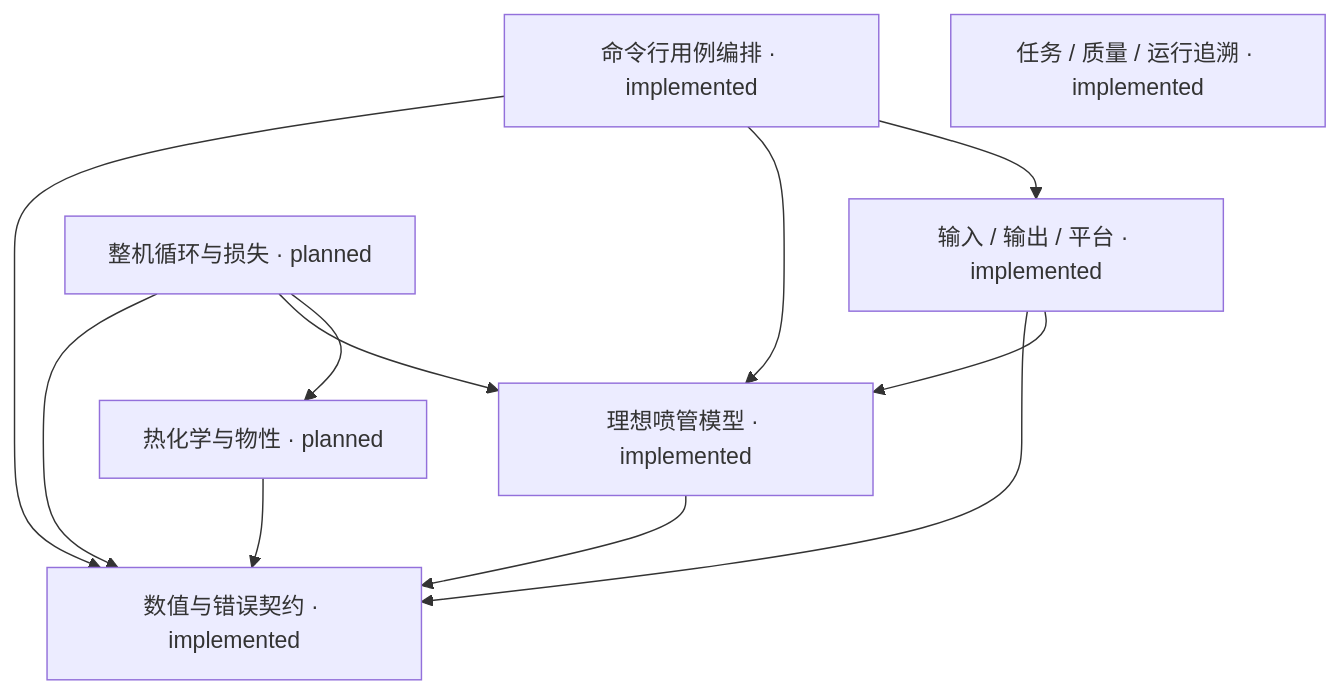
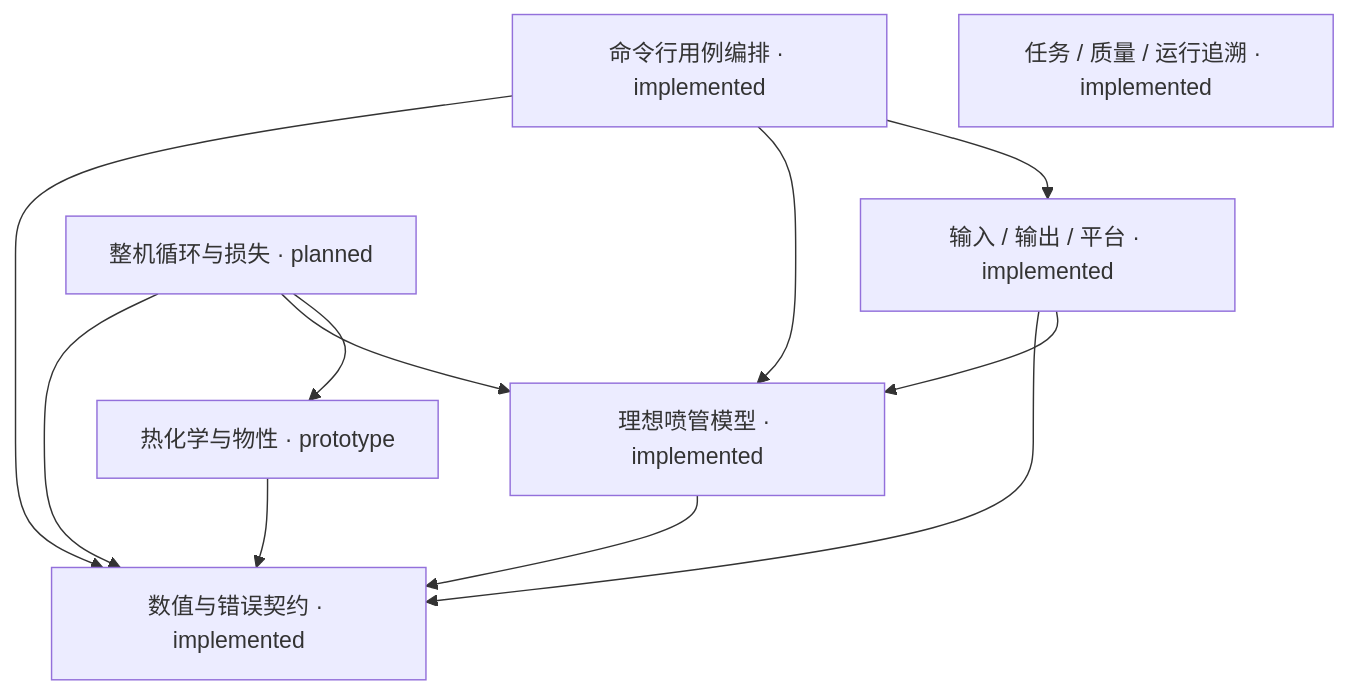
Before and after one commit to 2725238326/rocketperf-course-research: the diagram in docs/architecture/components.mmd, drawn with Mermaid. The commit also changed 9 other files, not shown here.

```diff
--- a/docs/architecture/components.mmd
+++ b/docs/architecture/components.mmd
@@ -1,18 +1,18 @@
 flowchart TD
   core[数值与错误契约 · implemented]
   nozzle[理想喷管模型 · implemented]
   adapters[输入 / 输出 / 平台 · implemented]
   cli[命令行用例编排 · implemented]
   tooling[任务 / 质量 / 运行追溯 · implemented]
-  thermo[热化学与物性 · planned]
+  thermo[热化学与物性 · prototype]
   cycle[整机循环与损失 · planned]
   nozzle --> core
   adapters --> core
   adapters --> nozzle
   cli --> core
   cli --> nozzle
   cli --> adapters
   thermo --> core
   cycle --> core
   cycle --> nozzle
   cycle --> thermo
```
